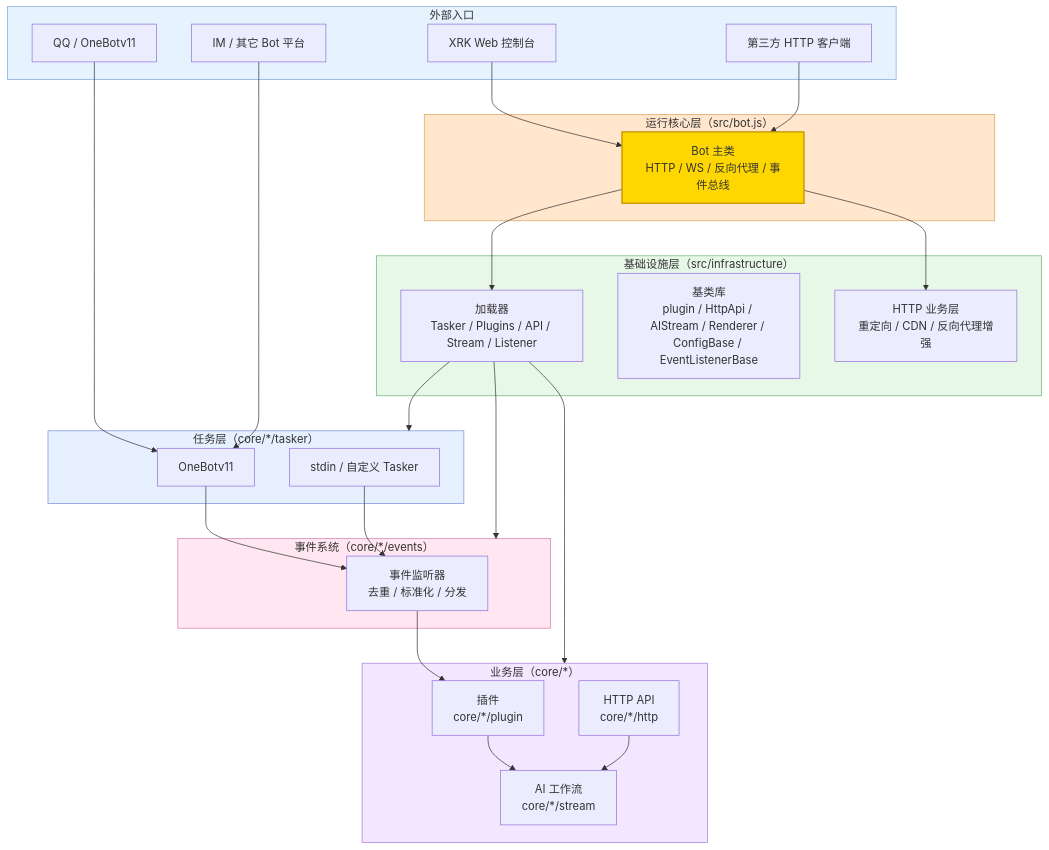
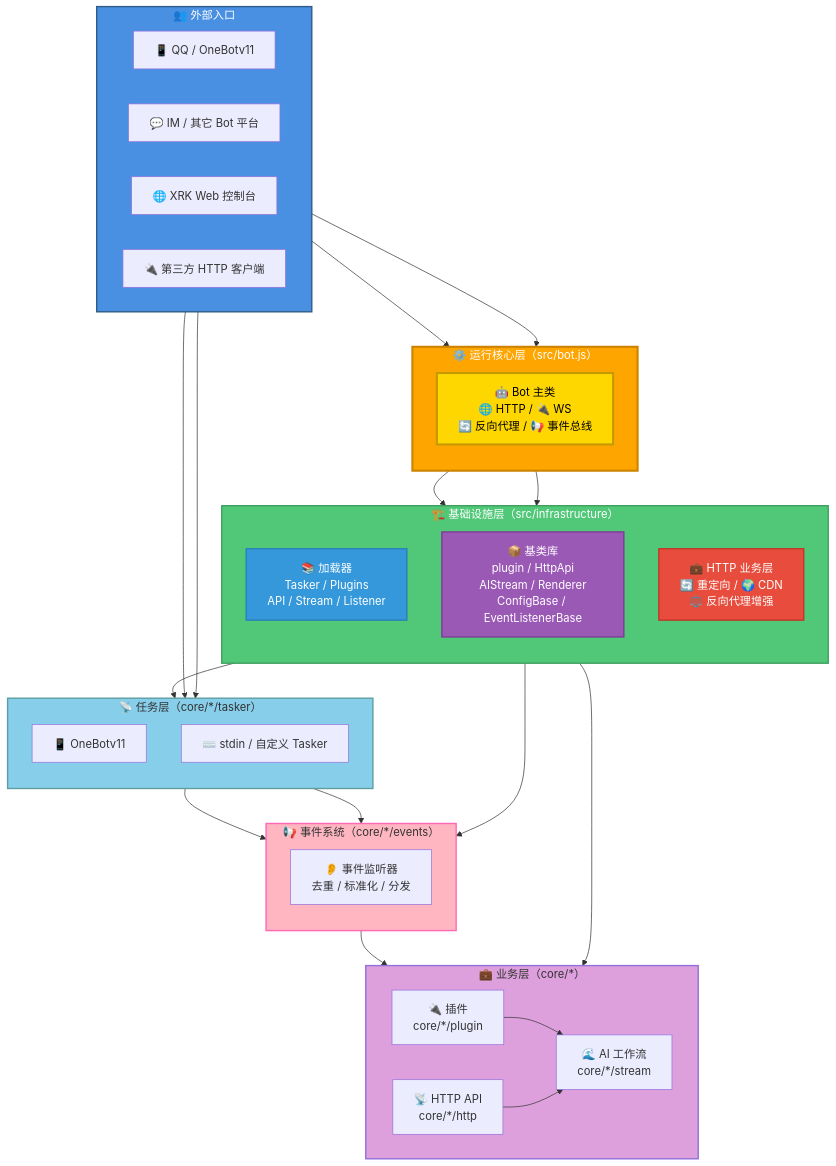
One commit to sunflowermm/XRK-AGT changed the first of 2 diagrams in README.md. Above: the diagram before and after it, drawn with Mermaid. The commit also changed other lines of this file and 9 other files, not shown here.

````diff
--- a/README.md
+++ b/README.md
@@ -28,66 +28,75 @@
 ```mermaid
 flowchart TB
   %% 顶层：外部入口
-  subgraph Clients["外部入口"]
-    QQ["QQ / OneBotv11"]
-    IM["IM / 其它 Bot 平台"]
-    WebUI["XRK Web 控制台"]
-    ThirdAPI["第三方 HTTP 客户端"]
+  subgraph Clients["👥 外部入口"]
+    direction LR
+    QQ["📱 QQ / OneBotv11"]
+    IM["💬 IM / 其它 Bot 平台"]
+    WebUI["🌐 XRK Web 控制台"]
+    ThirdAPI["🔌 第三方 HTTP 客户端"]
   end
 
   %% 运行核心
-  subgraph Runtime["运行核心层（src/bot.js）"]
-    Bot["Bot 主类<br/>HTTP / WS / 反向代理 / 事件总线"]
+  subgraph Runtime["⚙️ 运行核心层（src/bot.js）"]
+    direction TB
+    Bot["🤖 Bot 主类<br/>🌐 HTTP / 🔌 WS<br/>🔄 反向代理 / 📢 事件总线"]
   end
 
   %% 基础设施
-  subgraph Infra["基础设施层（src/infrastructure）"]
-    Loaders["加载器<br/>Tasker / Plugins / API / Stream / Listener"]
-    Bases["基类库<br/>plugin / HttpApi / AIStream / Renderer / ConfigBase / EventListenerBase"]
-    HttpBiz["HTTP 业务层<br/>重定向 / CDN / 反向代理增强"]
+  subgraph Infra["🏗️ 基础设施层（src/infrastructure）"]
+    direction TB
+    Loaders["📚 加载器<br/>Tasker / Plugins<br/>API / Stream / Listener"]
+    Bases["📦 基类库<br/>plugin / HttpApi<br/>AIStream / Renderer<br/>ConfigBase / EventListenerBase"]
+    HttpBiz["💼 HTTP 业务层<br/>🔄 重定向 / 🌍 CDN<br/>⚖️ 反向代理增强"]
   end
 
   %% Tasker + 事件
-  subgraph Tasker["任务层（core/*/tasker）"]
-    TOneBot["OneBotv11"]
-    TStdin["stdin / 自定义 Tasker"]
+  subgraph Tasker["📡 任务层（core/*/tasker）"]
+    direction TB
+    TOneBot["📱 OneBotv11"]
+    TStdin["⌨️ stdin / 自定义 Tasker"]
   end
 
-  subgraph Events["事件系统（core/*/events）"]
-    EStd["事件监听器<br/>去重 / 标准化 / 分发"]
+  subgraph Events["📢 事件系统（core/*/events）"]
+    direction TB
+    EStd["👂 事件监听器<br/>去重 / 标准化 / 分发"]
   end
 
   %% 业务
-  subgraph Business["业务层（core/*）"]
-    BPlugins["插件<br/>core/*/plugin"]
-    BHttp["HTTP API<br/>core/*/http"]
-    BStream["AI 工作流<br/>core/*/stream"]
+  subgraph Business["💼 业务层（core/*）"]
+    direction LR
+    BPlugins["🔌 插件<br/>core/*/plugin"]
+    BHttp["📡 HTTP API<br/>core/*/http"]
+    BStream["🌊 AI 工作流<br/>core/*/stream"]
   end
 
   %% 连接关系
   QQ --> TOneBot
   IM --> TOneBot
   WebUI --> Bot
   ThirdAPI --> Bot
 
   Bot --> Loaders
   Bot --> HttpBiz
   Loaders --> Tasker
   Loaders --> Events
   Loaders --> Business
 
   TOneBot --> EStd
   TStdin --> EStd
   EStd --> BPlugins
   BPlugins --> BStream
   BHttp --> BStream
 
   %% 着色
-  style Clients fill:#E6F3FF,stroke:#7AA7D9
-  style Runtime fill:#FFE6CC,stroke:#D9A35D
-  style Infra fill:#E8F8E8,stroke:#6CB46C
-  style Tasker fill:#E6F0FF,stroke:#7B8ED9
-  style Events fill:#FFE6F0,stroke:#D97BAF
-  style Business fill:#F3E6FF,stroke:#A57BD9
-  style Bot fill:#FFD700,stroke:#C49A00,stroke-width:2px
+  style Clients fill:#4A90E2,stroke:#2E5C8A,stroke-width:2px,color:#fff
+  style Runtime fill:#FFA500,stroke:#CC8400,stroke-width:3px,color:#fff
+  style Infra fill:#50C878,stroke:#3FA060,stroke-width:2px,color:#fff
+  style Tasker fill:#87CEEB,stroke:#5F9EA0,stroke-width:2px
+  style Events fill:#FFB6C1,stroke:#FF69B4,stroke-width:2px
+  style Business fill:#DDA0DD,stroke:#9370DB,stroke-width:2px
+  style Bot fill:#FFD700,stroke:#C49A00,stroke-width:3px,color:#000
+  style Loaders fill:#3498DB,stroke:#2980B9,stroke-width:2px,color:#fff
+  style Bases fill:#9B59B6,stroke:#7D3C98,stroke-width:2px,color:#fff
+  style HttpBiz fill:#E74C3C,stroke:#C0392B,stroke-width:2px,color:#fff
 ```
````
